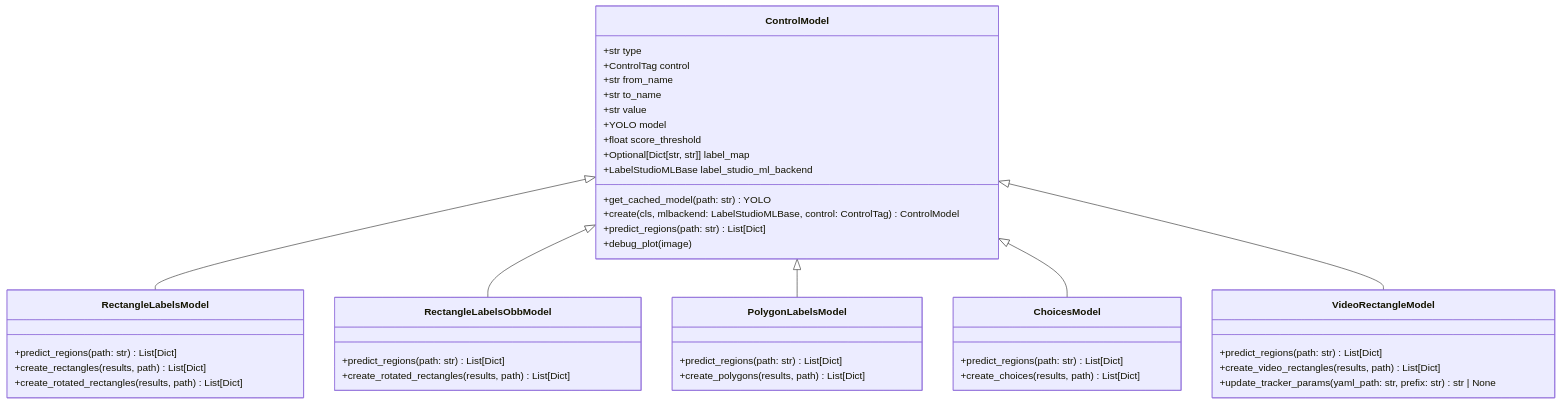
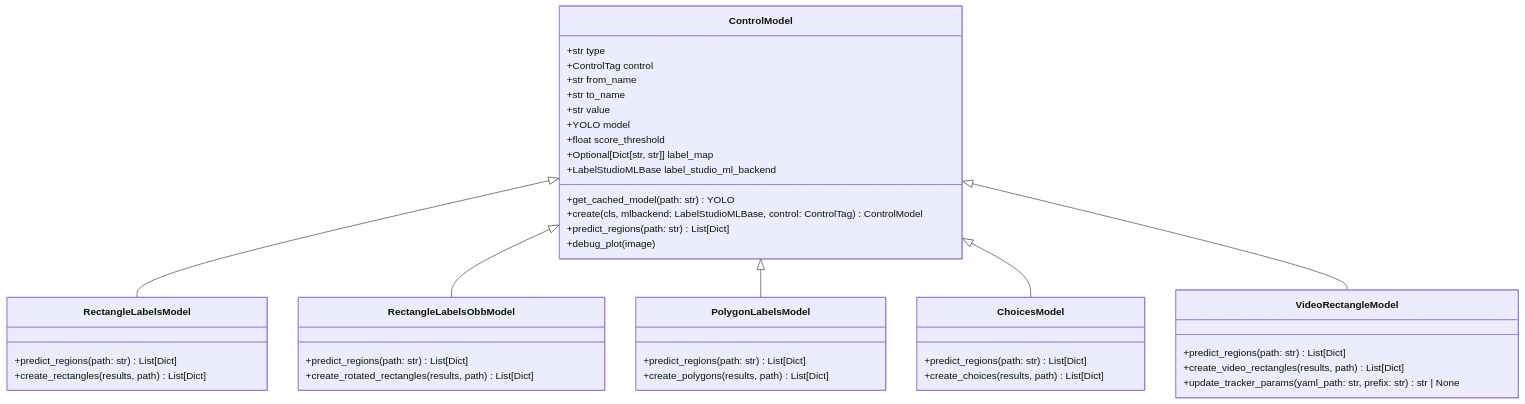
The diagram in label_studio_ml/examples/yolo/README_DEVELOP.md (HumanSignal/label-studio-ml-backend), drawn with Mermaid before and after one commit. The commit also changed 1 other file, not shown here.

Commit message:
Add more tests

````diff
--- a/label_studio_ml/examples/yolo/README_DEVELOP.md
+++ b/label_studio_ml/examples/yolo/README_DEVELOP.md
@@ -1,52 +1,51 @@
 ```mermaid
 classDiagram
     class ControlModel {
         +str type
         +ControlTag control
         +str from_name
         +str to_name
         +str value
         +YOLO model
         +float score_threshold
         +Optional[Dict[str, str]] label_map
         +LabelStudioMLBase label_studio_ml_backend
         +get_cached_model(path: str) YOLO
         +create(cls, mlbackend: LabelStudioMLBase, control: ControlTag) ControlModel
         +predict_regions(path: str) List[Dict]
         +debug_plot(image)
     }
 
     class RectangleLabelsModel {
         +predict_regions(path: str) List[Dict]
         +create_rectangles(results, path) List[Dict]
-        +create_rotated_rectangles(results, path) List[Dict]
     }
 
     class RectangleLabelsObbModel {
         +predict_regions(path: str) List[Dict]
         +create_rotated_rectangles(results, path) List[Dict]
     }    
     
 
     class PolygonLabelsModel {
         +predict_regions(path: str) List[Dict]
         +create_polygons(results, path) List[Dict]
     }
 
     class ChoicesModel {
         +predict_regions(path: str) List[Dict]
         +create_choices(results, path) List[Dict]
     }
 
     class VideoRectangleModel {
         +predict_regions(path: str) List[Dict]
         +create_video_rectangles(results, path) List[Dict]
         +update_tracker_params(yaml_path: str, prefix: str) str | None
     }
 
     ControlModel <|-- RectangleLabelsModel
     ControlModel <|-- RectangleLabelsObbModel
     ControlModel <|-- PolygonLabelsModel
     ControlModel <|-- ChoicesModel
     ControlModel <|-- VideoRectangleModel
 ```
````
